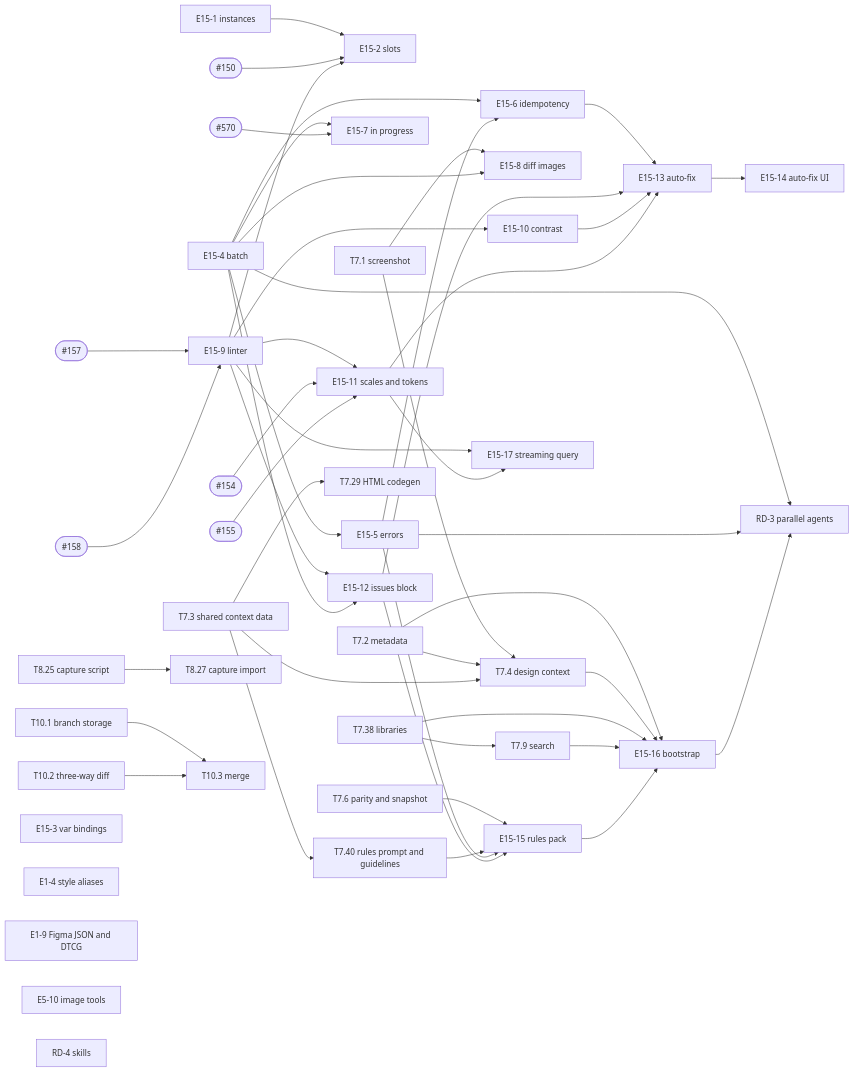
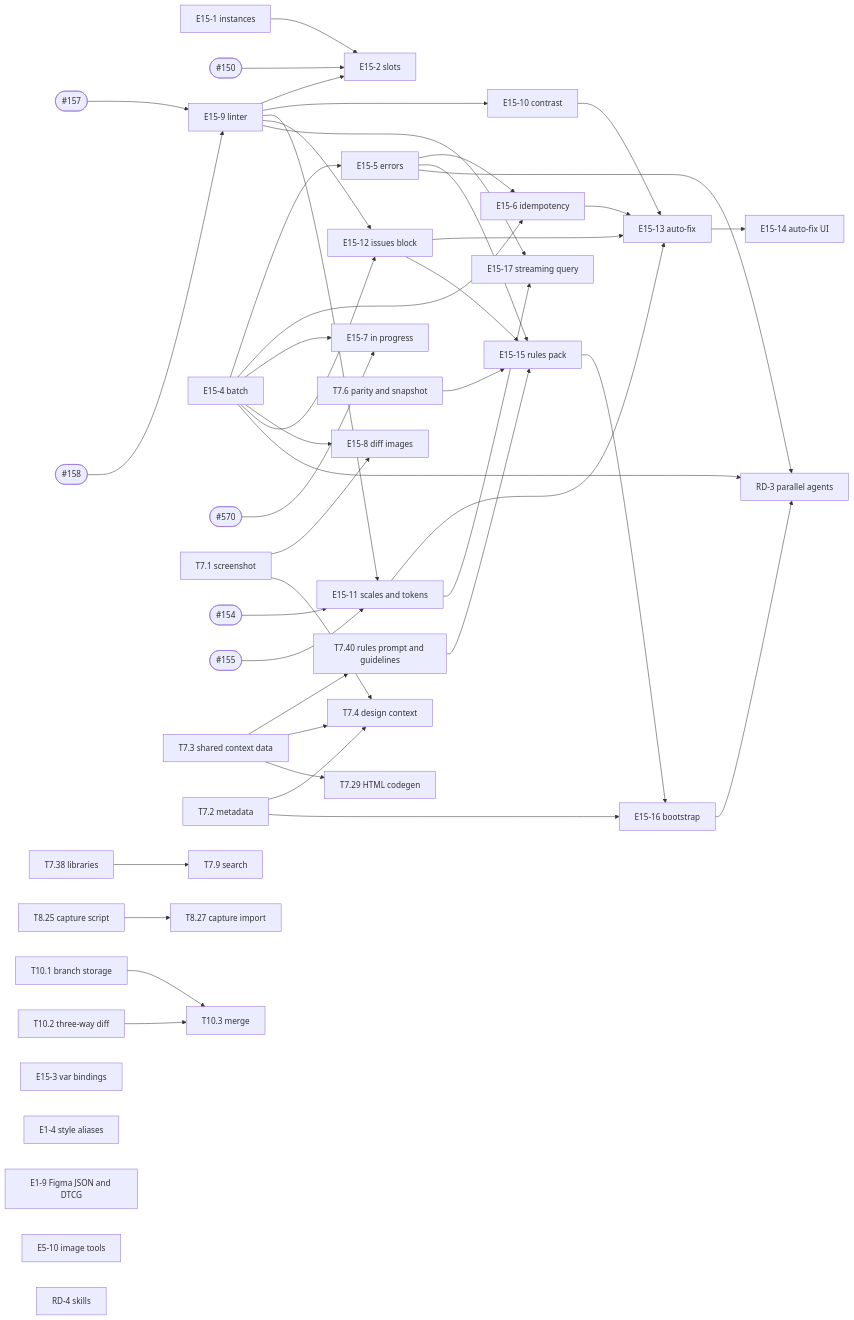
The diagram in docs/specs/v0.6/README.md (NamAIEngineer/design-os-studio), drawn with Mermaid before and after one commit. The commit also changed 4 other files, not shown here.

Commit message:
docs(specs): sync E15-6 unabsorbed patch replay rule, #688 fallback copy, and README E15-16 graph

````diff
--- a/docs/specs/v0.6/README.md
+++ b/docs/specs/v0.6/README.md
@@ -71,54 +71,51 @@
 ```mermaid
 graph LR
   E15_1[E15-1 instances] --> E15_2[E15-2 slots]
   X150([#150]) --> E15_2
   E15_9 --> E15_2
   E15_4[E15-4 batch] --> E15_5[E15-5 errors]
   E15_4 --> E15_6[E15-6 idempotency]
   E15_5 --> E15_6
   E15_6 --> E15_13
   E15_4 --> E15_7[E15-7 in progress]
   X570([#570]) --> E15_7
   T7_1[T7.1 screenshot] --> E15_8[E15-8 diff images]
   E15_4 --> E15_8
   X157([#157]) --> E15_9[E15-9 linter]
   X158([#158]) --> E15_9
   E15_9 --> E15_10[E15-10 contrast]
   E15_9 --> E15_11[E15-11 scales and tokens]
   X154([#154]) --> E15_11
   X155([#155]) --> E15_11
   E15_9 --> E15_12[E15-12 issues block]
   E15_4 --> E15_12
   E15_12 --> E15_13[E15-13 auto-fix]
   E15_10 --> E15_13
   E15_11 --> E15_13
   E15_13 --> E15_14[E15-14 auto-fix UI]
   T7_3[T7.3 shared context data] --> T7_40[T7.40 rules prompt and guidelines]
   T7_6[T7.6 parity and snapshot] --> E15_15[E15-15 rules pack]
   T7_40 --> E15_15
   E15_5 --> E15_15
   E15_12 --> E15_15
   T7_1 --> T7_4[T7.4 design context]
   T7_2[T7.2 metadata] --> T7_4
   T7_3 --> T7_4
   T7_3 --> T7_29[T7.29 HTML codegen]
   T7_38[T7.38 libraries] --> T7_9[T7.9 search]
   T7_2 --> E15_16[E15-16 bootstrap]
-  T7_4 --> E15_16
-  T7_38 --> E15_16
-  T7_9 --> E15_16
   E15_15 --> E15_16
   E15_9 --> E15_17[E15-17 streaming query]
   E15_11 --> E15_17
   E15_4 --> RD3[RD-3 parallel agents]
   E15_5 --> RD3
   E15_16 --> RD3
   T8_25[T8.25 capture script] --> T8_27[T8.27 capture import]
   T10_1[T10.1 branch storage] --> T10_3[T10.3 merge]
   T10_2[T10.2 three-way diff] --> T10_3
   E15_3[E15-3 var bindings]
   E1_4[E1-4 style aliases]
   E1_9[E1-9 Figma JSON and DTCG]
   E5_10[E5-10 image tools]
   RD4[RD-4 skills]
 ```
````
